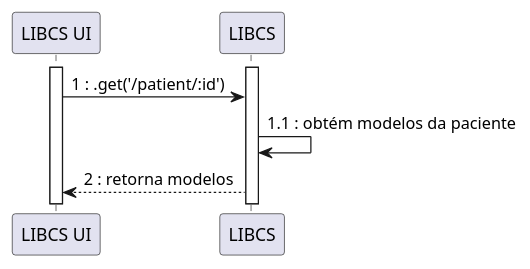
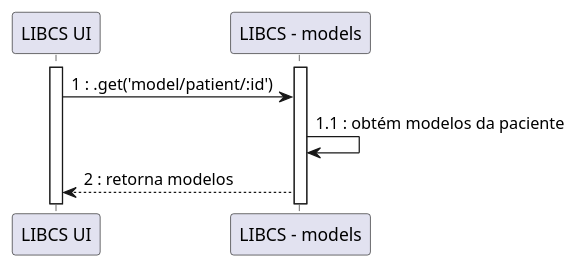
Before and after one commit to Pedro-Teixeira-1211184/least-invasive-breast-cancer-surgery: the diagram in wiki/diagrams/UCS/UC7/nivel2/UC7.puml, drawn with PlantUML. The commit also changed 24 other files, not shown here.

```diff
--- a/wiki/diagrams/UCS/UC7/nivel2/UC7.puml
+++ b/wiki/diagrams/UCS/UC7/nivel2/UC7.puml
@@ -1,11 +1,11 @@
 @startuml
 participant "LIBCS UI" as UI
-participant "LIBCS" as API
+participant "LIBCS - models" as API
 
 activate UI
 activate API
-UI -> API : 1 : .get('/patient/:id')
+UI -> API : 1 : .get('model/patient/:id')
 API -> API : 1.1 : obtém modelos da paciente
 API --> UI : 2 : retorna modelos
 
 @enduml
```
